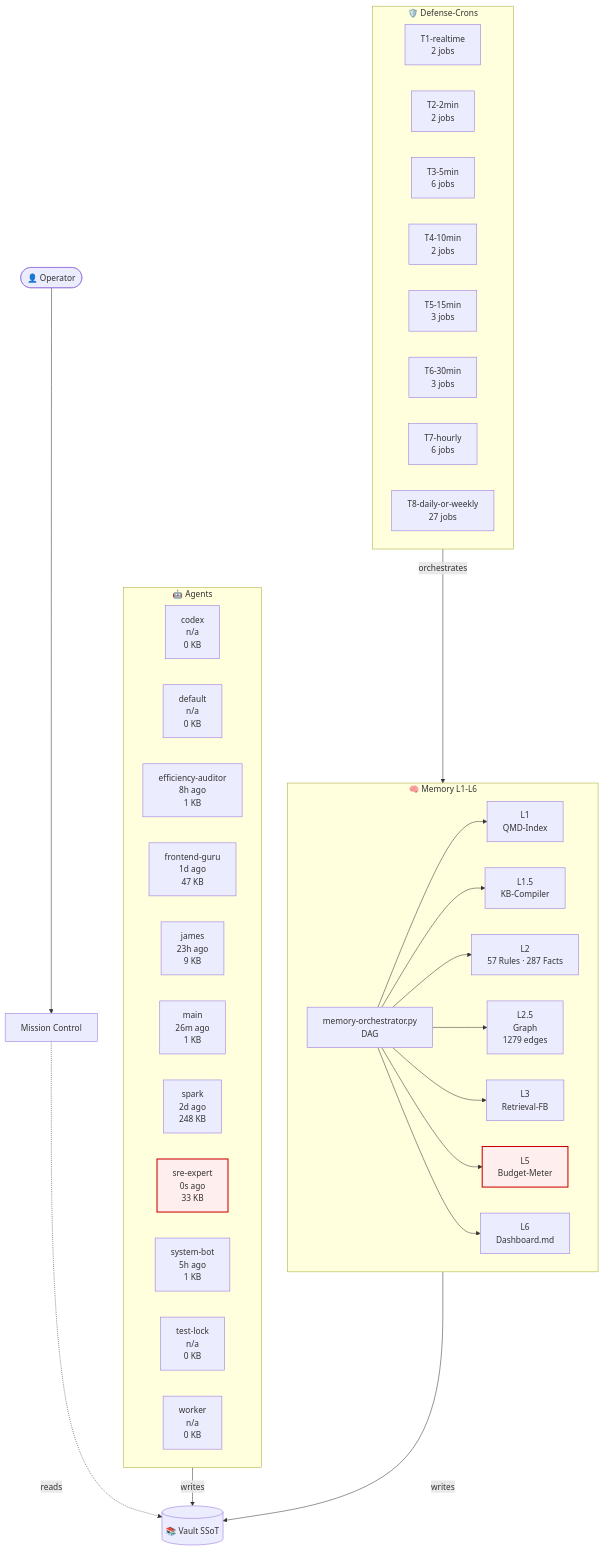
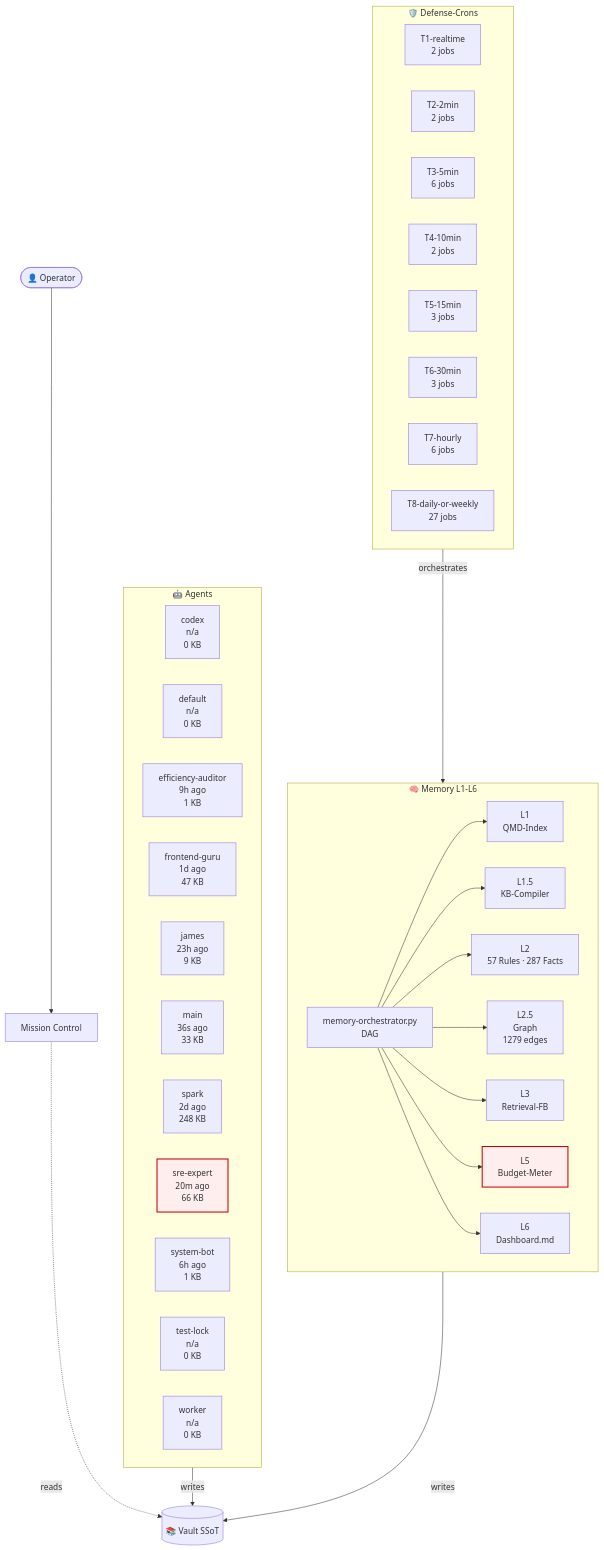
Before and after one commit to lenardhuebner88-rgb/openclaw-memory: the diagram in 03-Agents/architecture-live.md, drawn with Mermaid. The commit also changed other lines of this file and 19 other files, not shown here.

````diff
--- a/03-Agents/architecture-live.md
+++ b/03-Agents/architecture-live.md
@@ -18,54 +18,54 @@
 ```mermaid
 flowchart TB
     classDef critical fill:#fee,stroke:#c00,stroke-width:2px;
     subgraph AGT["🤖 Agents"]
         agent_codex["codex<br/>n/a<br/>0 KB"]
         agent_default["default<br/>n/a<br/>0 KB"]
-        agent_efficiency_auditor["efficiency-auditor<br/>8h ago<br/>1 KB"]
+        agent_efficiency_auditor["efficiency-auditor<br/>9h ago<br/>1 KB"]
         agent_frontend_guru["frontend-guru<br/>1d ago<br/>47 KB"]
         agent_james["james<br/>23h ago<br/>9 KB"]
-        agent_main["main<br/>26m ago<br/>1 KB"]
+        agent_main["main<br/>36s ago<br/>33 KB"]
         agent_spark["spark<br/>2d ago<br/>248 KB"]
-        agent_sre_expert["sre-expert<br/>0s ago<br/>33 KB"]
-        agent_system_bot["system-bot<br/>5h ago<br/>1 KB"]
+        agent_sre_expert["sre-expert<br/>20m ago<br/>66 KB"]
+        agent_system_bot["system-bot<br/>6h ago<br/>1 KB"]
         agent_test_lock["test-lock<br/>n/a<br/>0 KB"]
         agent_worker["worker<br/>n/a<br/>0 KB"]
     end
     subgraph MEM["🧠 Memory L1-L6"]
         L1["L1<br/>QMD-Index"]
         L15["L1.5<br/>KB-Compiler"]
         L2["L2<br/>57 Rules · 287 Facts"]
         L25["L2.5<br/>Graph<br/>1279 edges"]
         L3["L3<br/>Retrieval-FB"]
         L5["L5<br/>Budget-Meter"]
         L6["L6<br/>Dashboard.md"]
         ORCH["memory-orchestrator.py<br/>DAG"]
     end
     subgraph CRN["🛡️ Defense-Crons"]
         tier_T1_realtime["T1-realtime<br/>2 jobs"]
         tier_T2_2min["T2-2min<br/>2 jobs"]
         tier_T3_5min["T3-5min<br/>6 jobs"]
         tier_T4_10min["T4-10min<br/>2 jobs"]
         tier_T5_15min["T5-15min<br/>3 jobs"]
         tier_T6_30min["T6-30min<br/>3 jobs"]
         tier_T7_hourly["T7-hourly<br/>6 jobs"]
         tier_T8_daily_or_weekly["T8-daily-or-weekly<br/>27 jobs"]
     end
     VAULT[("📚 Vault SSoT")]
     OP([👤 Operator])
     MC["Mission Control"]
     OP --> MC
     MC -.reads.-> VAULT
     AGT -->|writes| VAULT
     MEM -->|writes| VAULT
     ORCH --> L1
     ORCH --> L15
     ORCH --> L2
     ORCH --> L25
     ORCH --> L3
     ORCH --> L5
     ORCH --> L6
     CRN -->|orchestrates| MEM
     class L5 critical
     class agent_sre_expert critical
 ```
````
